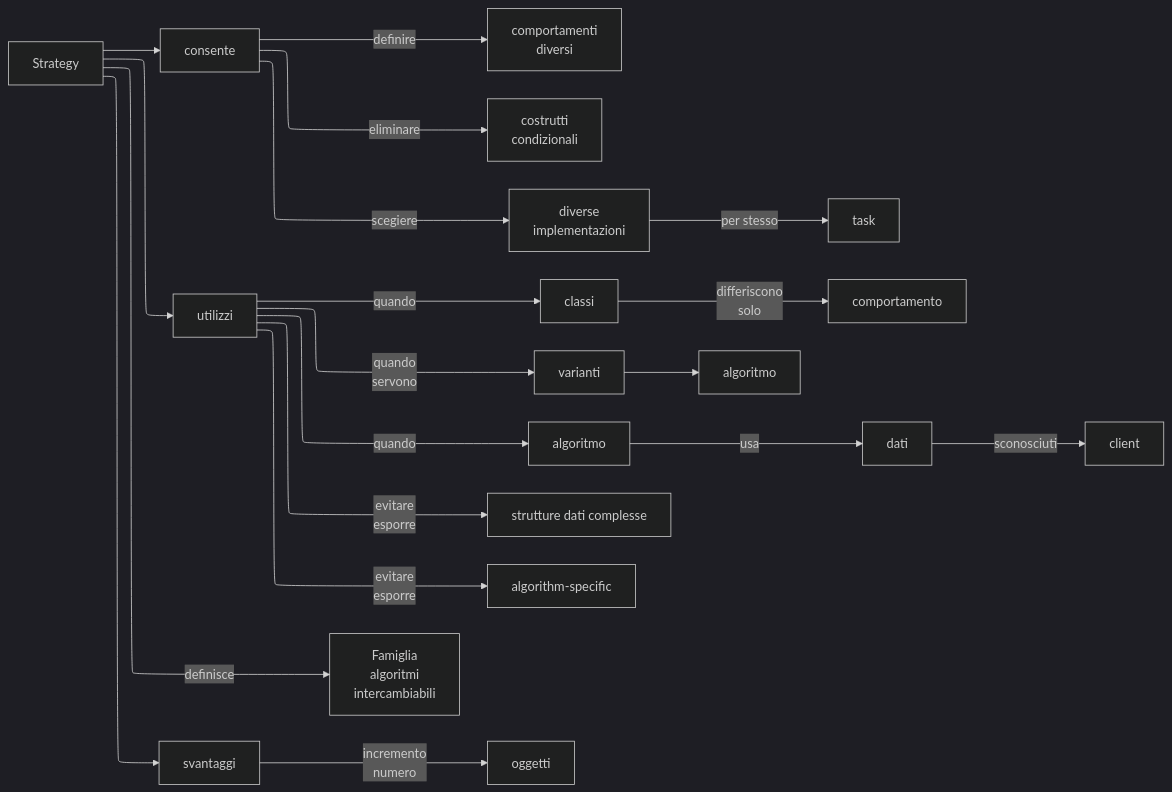
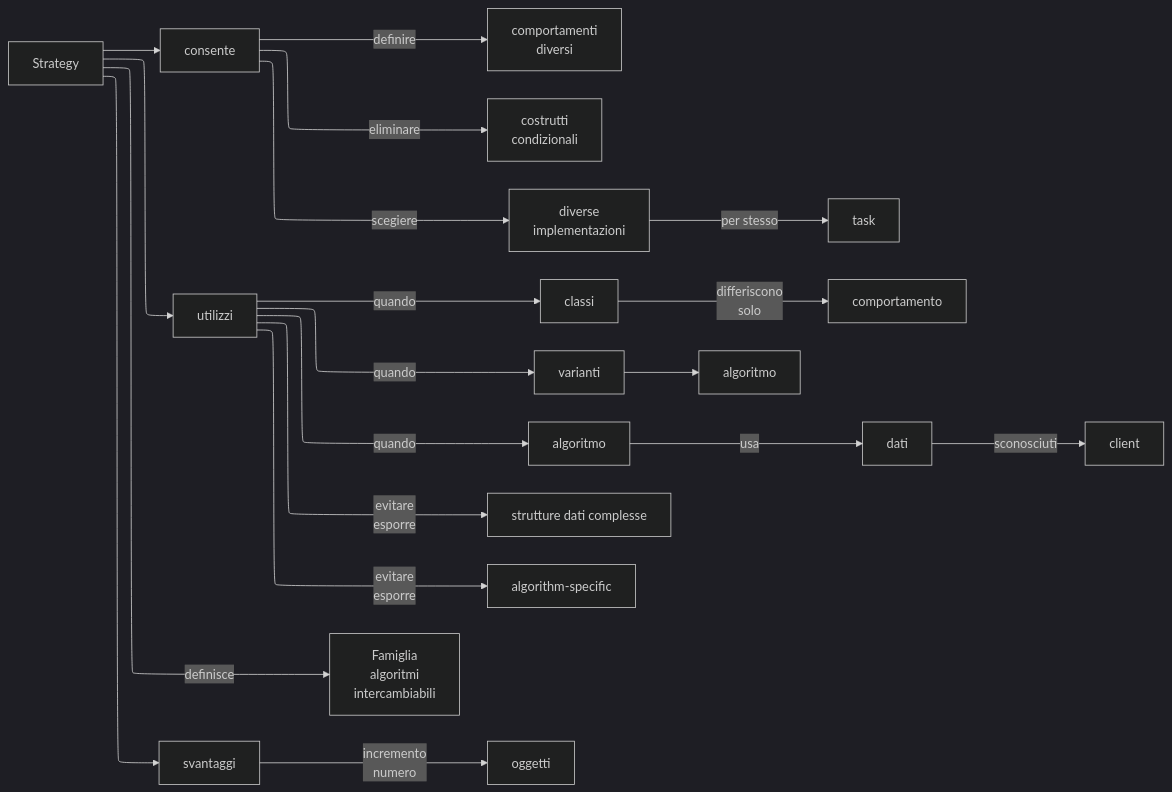
The second of 17 diagrams in src/content/docs/software_engineering/Progettazione/design-patterns.md (Firi0n/appunti-unipi), drawn with Mermaid (dark theme) before and after one commit. The commit also changed other lines of this file and 8 other files, not shown here.

````diff
--- a/src/content/docs/software_engineering/Progettazione/design-patterns.md
+++ b/src/content/docs/software_engineering/Progettazione/design-patterns.md
@@ -62,23 +68,31 @@
 ```mermaid
 ---
 config:
     layout: elk
     elk: {
         considerModelOrder: "PREFER_NODES",
         forceNodeModelOrder: true
     }
 ---
 graph LR
-Strategy -- definisce --> FA[Famiglia<br>algoritmi<br>intercambiabili]
+Strategy -- definisce --> FA["Famiglia
+algoritmi
+intercambiabili"]
 Strategy --> consente
-consente -- definire --> CD[comportamenti<br>diversi]
-consente -- eliminare --> CC[costrutti<br>condizionali]
-consente -- scegiere --> DI[diverse<br>implementazioni] -- per stesso --> task
+consente -- definire --> CD["comportamenti
+diversi"]
+consente -- eliminare --> CC["costrutti
+condizionali"]
+consente -- scegiere --> DI["diverse
+implementazioni"] -- per stesso --> task
 Strategy --> utilizzi
-utilizzi -- quando --> classi -- differiscono<br>solo --> comportamento
-utilizzi -- quando<br>servono --> varianti --> algoritmo
-utilizzi -- quando --> al[algoritmo] -- usa --> dati -- sconosciuti --> client
-utilizzi -- evitare<br>esporre --> SDC[strutture dati complesse] & algorithm-specific
+utilizzi -- quando --> classi -- "differiscono
+solo" --> comportamento
+utilizzi -- quando --> varianti --> algoritmo
+utilizzi -- quando --> al["algoritmo"] -- usa --> dati -- sconosciuti --> client
+utilizzi -- evitare
+esporre --> SDC["strutture dati complesse"] & algorithm-specific
 Strategy --> svantaggi
-svantaggi -- incremento<br>numero --> oggetti
+svantaggi -- "incremento
+numero" --> oggetti
 ```
````
